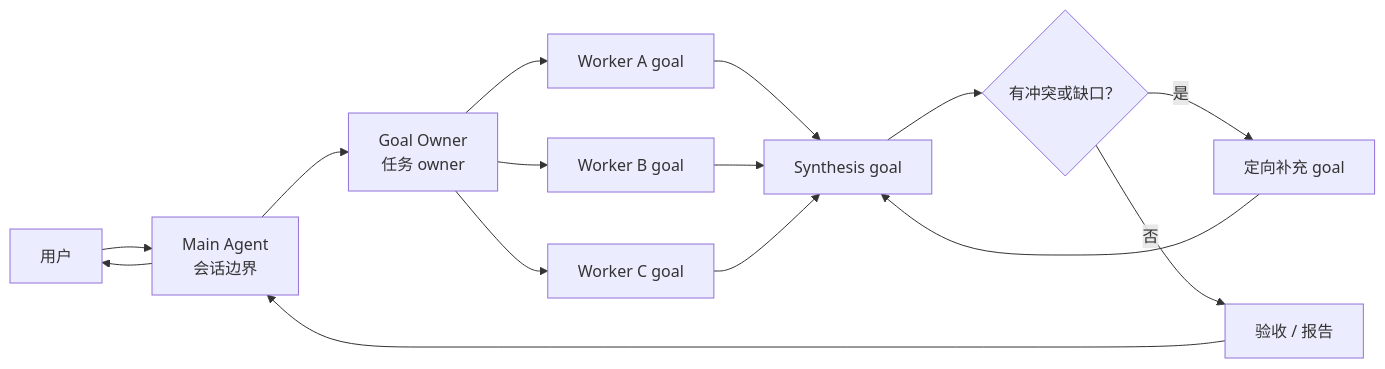
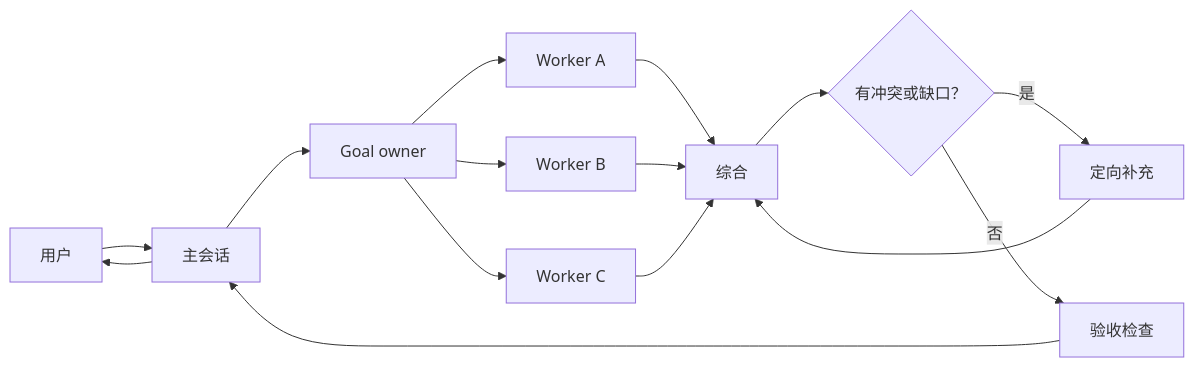
One commit to patrick-fu/awesome-skills changed the second of 3 diagrams in parallel-goal-workflows/README.zh-CN.md. Above: the diagram before and after it, drawn with Mermaid. The commit also changed other lines of this file and 7 other files, not shown here.

````diff
--- a/parallel-goal-workflows/README.zh-CN.md
+++ b/parallel-goal-workflows/README.zh-CN.md
@@ -106,17 +92,17 @@
 ```mermaid
 flowchart LR
-  User["用户"] --> Main["Main Agent<br/>会话边界"]
-  Main --> Owner["Goal Owner<br/>任务 owner"]
-  Owner --> A["Worker A goal"]
-  Owner --> B["Worker B goal"]
-  Owner --> C["Worker C goal"]
-  A --> S["Synthesis goal"]
+  User["用户"] --> Main["主会话"]
+  Main --> Owner["Goal owner"]
+  Owner --> A["Worker A"]
+  Owner --> B["Worker B"]
+  Owner --> C["Worker C"]
+  A --> S["综合"]
   B --> S
   C --> S
   S --> Decision{"有冲突或缺口？"}
-  Decision -- "是" --> Followup["定向补充 goal"]
+  Decision -- "是" --> Followup["定向补充"]
   Followup --> S
-  Decision -- "否" --> Acceptance["验收 / 报告"]
+  Decision -- "否" --> Acceptance["验收检查"]
   Acceptance --> Main
   Main --> User
 ```
````
